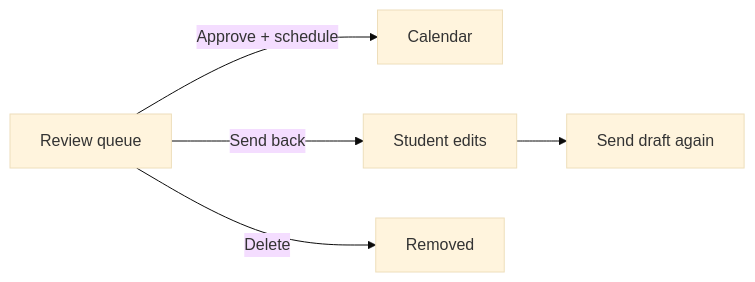
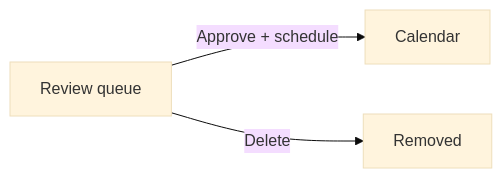
One commit to HusseinYassineMD/pulse-cpbh changed the second of 2 diagrams in WORKFLOWS.md. Above: the diagram before and after it, drawn with Mermaid (base theme). The commit also changed other lines of this file and 9 other files, not shown here.

First line of the commit message:
Simplify review flow and polish ideation/submit for hosted team use.

````diff
--- a/WORKFLOWS.md
+++ b/WORKFLOWS.md
@@ -31,7 +30,5 @@
 ```mermaid
 flowchart LR
   Q[Review queue] -->|Approve + schedule| C[Calendar]
-  Q -->|Send back| E[Student edits]
   Q -->|Delete| X[Removed]
-  E --> S[Send draft again]
 ```
````
